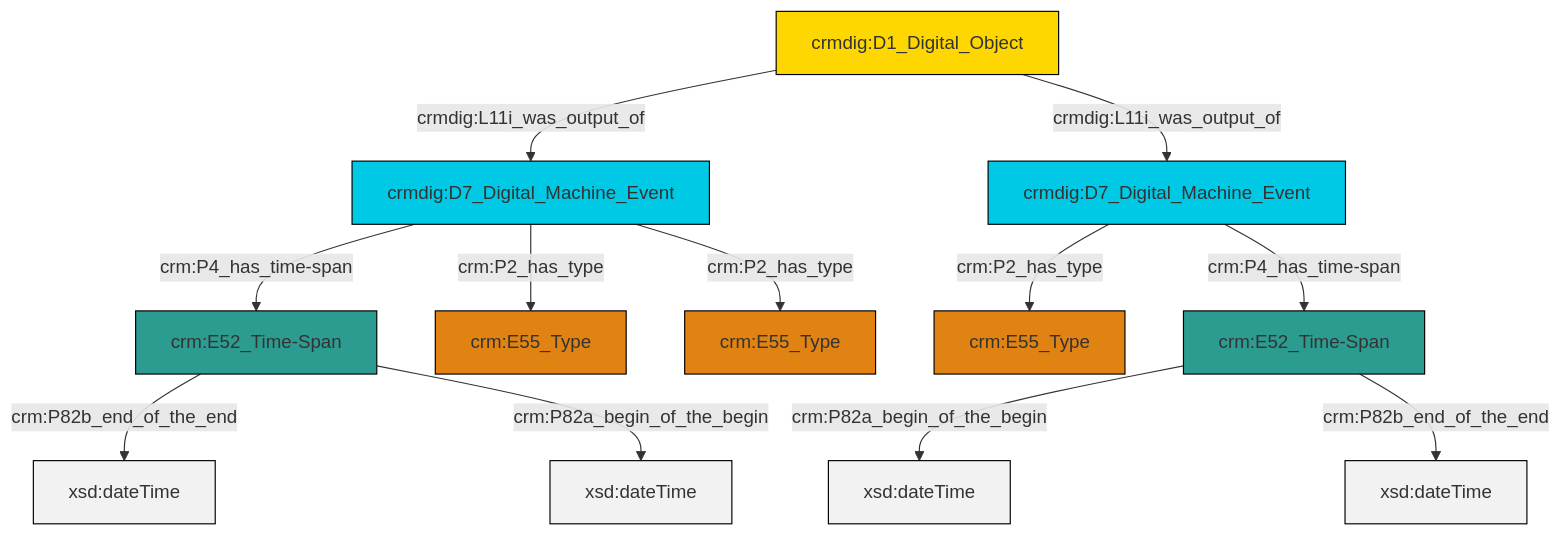
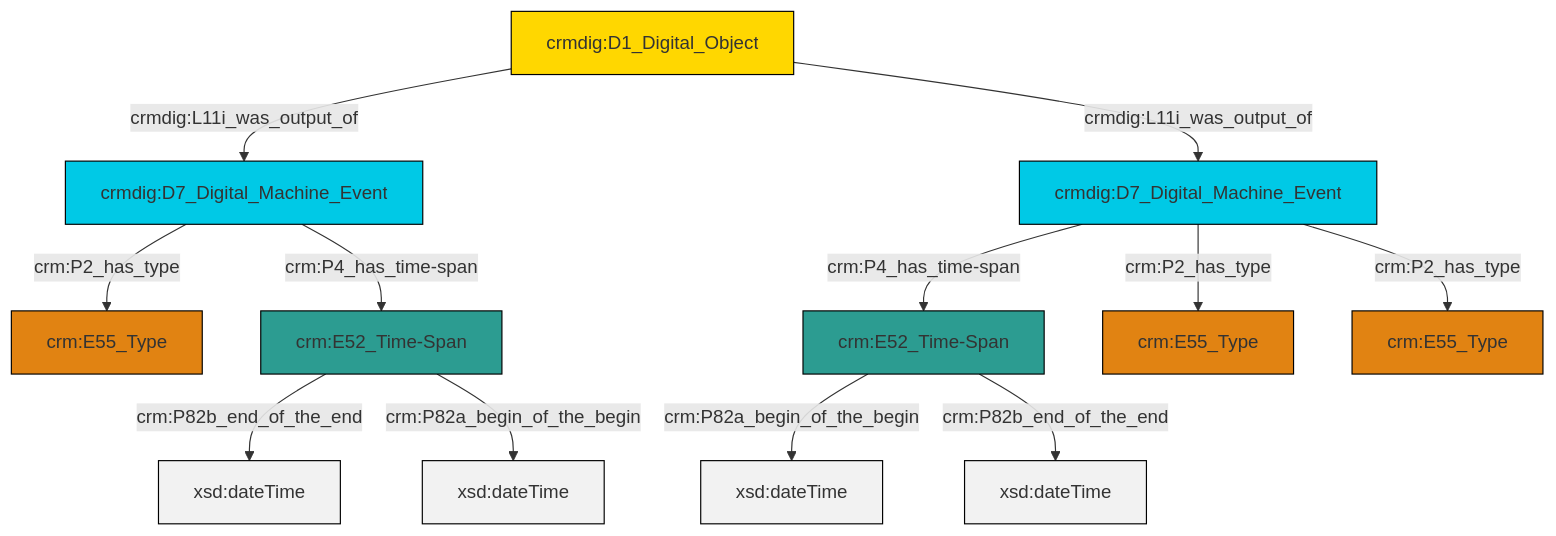
The diagram in et/doCSV/ttl/mmd/do_existence.ttl.mmd (swiss-art-research-net/reference-data-models), drawn with Mermaid before and after one commit. The commit also changed 123 other files, not shown here.

```diff
--- a/et/doCSV/ttl/mmd/do_existence.ttl.mmd
+++ b/et/doCSV/ttl/mmd/do_existence.ttl.mmd
@@ -1,26 +1,26 @@
 graph TD
 classDef Literal fill:#f2f2f2,stroke:#000000;
 classDef CRM_Entity fill:#FFFFFF,stroke:#000000;
 classDef Temporal_Entity fill:#00C9E6, stroke:#000000;
 classDef Type fill:#E18312, stroke:#000000;
 classDef Time-Span fill:#2C9C91, stroke:#000000;
 classDef Appellation fill:#FFEB7F, stroke:#000000;
 classDef Place fill:#008836, stroke:#000000;
 classDef Persistent_Item fill:#B266B2, stroke:#000000;
 classDef Conceptual_Object fill:#FFD700, stroke:#000000;
 classDef Physical_Thing fill:#D2B48C, stroke:#000000;
 classDef Actor fill:#f58aad, stroke:#000000;
 classDef PC_Classes fill:#4ce600, stroke:#000000;
 classDef Multi fill:#cccccc,stroke:#000000;
 
-8["crmdig:D7_Digital_Machine_Event"]:::Temporal_Entity -->|crm:P4_has_time-span| 9["crm:E52_Time-Span"]:::Time-Span
-0["crmdig:D7_Digital_Machine_Event"]:::Temporal_Entity -->|crm:P2_has_type| 6["crm:E55_Type"]:::Type
-13["crm:E52_Time-Span"]:::Time-Span -->|crm:P82a_begin_of_the_begin| 14[xsd:dateTime]:::Literal
-15["crmdig:D1_Digital_Object"]:::Conceptual_Object -->|crmdig:L11i_was_output_of| 8["crmdig:D7_Digital_Machine_Event"]:::Temporal_Entity
-9["crm:E52_Time-Span"]:::Time-Span -->|crm:P82b_end_of_the_end| 17[xsd:dateTime]:::Literal
-13["crm:E52_Time-Span"]:::Time-Span -->|crm:P82b_end_of_the_end| 18[xsd:dateTime]:::Literal
-15["crmdig:D1_Digital_Object"]:::Conceptual_Object -->|crmdig:L11i_was_output_of| 0["crmdig:D7_Digital_Machine_Event"]:::Temporal_Entity
-8["crmdig:D7_Digital_Machine_Event"]:::Temporal_Entity -->|crm:P2_has_type| 2["crm:E55_Type"]:::Type
-8["crmdig:D7_Digital_Machine_Event"]:::Temporal_Entity -->|crm:P2_has_type| 4["crm:E55_Type"]:::Type
-9["crm:E52_Time-Span"]:::Time-Span -->|crm:P82a_begin_of_the_begin| 20[xsd:dateTime]:::Literal
-0["crmdig:D7_Digital_Machine_Event"]:::Temporal_Entity -->|crm:P4_has_time-span| 13["crm:E52_Time-Span"]:::Time-Span
+0["crmdig:D7_Digital_Machine_Event"]:::Temporal_Entity -->|crm:P2_has_type| 1["crm:E55_Type"]:::Type
+6["crm:E52_Time-Span"]:::Time-Span -->|crm:P82b_end_of_the_end| 7[xsd:dateTime]:::Literal
+8["crm:E52_Time-Span"]:::Time-Span -->|crm:P82a_begin_of_the_begin| 9[xsd:dateTime]:::Literal
+4["crmdig:D7_Digital_Machine_Event"]:::Temporal_Entity -->|crm:P4_has_time-span| 8["crm:E52_Time-Span"]:::Time-Span
+0["crmdig:D7_Digital_Machine_Event"]:::Temporal_Entity -->|crm:P4_has_time-span| 6["crm:E52_Time-Span"]:::Time-Span
+2["crmdig:D1_Digital_Object"]:::Conceptual_Object -->|crmdig:L11i_was_output_of| 0["crmdig:D7_Digital_Machine_Event"]:::Temporal_Entity
+6["crm:E52_Time-Span"]:::Time-Span -->|crm:P82a_begin_of_the_begin| 16[xsd:dateTime]:::Literal
+8["crm:E52_Time-Span"]:::Time-Span -->|crm:P82b_end_of_the_end| 17[xsd:dateTime]:::Literal
+4["crmdig:D7_Digital_Machine_Event"]:::Temporal_Entity -->|crm:P2_has_type| 18["crm:E55_Type"]:::Type
+4["crmdig:D7_Digital_Machine_Event"]:::Temporal_Entity -->|crm:P2_has_type| 14["crm:E55_Type"]:::Type
+2["crmdig:D1_Digital_Object"]:::Conceptual_Object -->|crmdig:L11i_was_output_of| 4["crmdig:D7_Digital_Machine_Event"]:::Temporal_Entity
```
